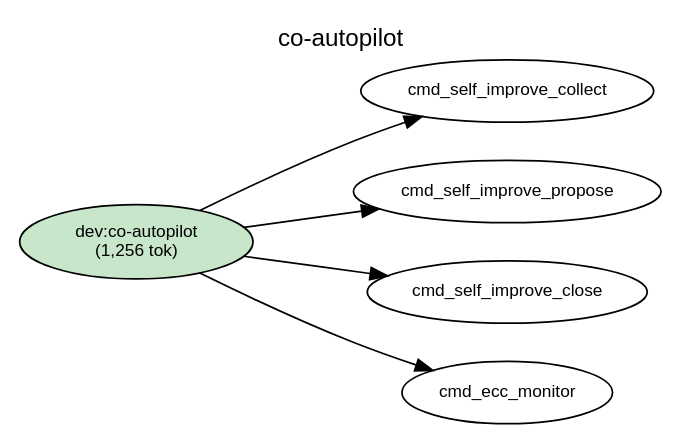
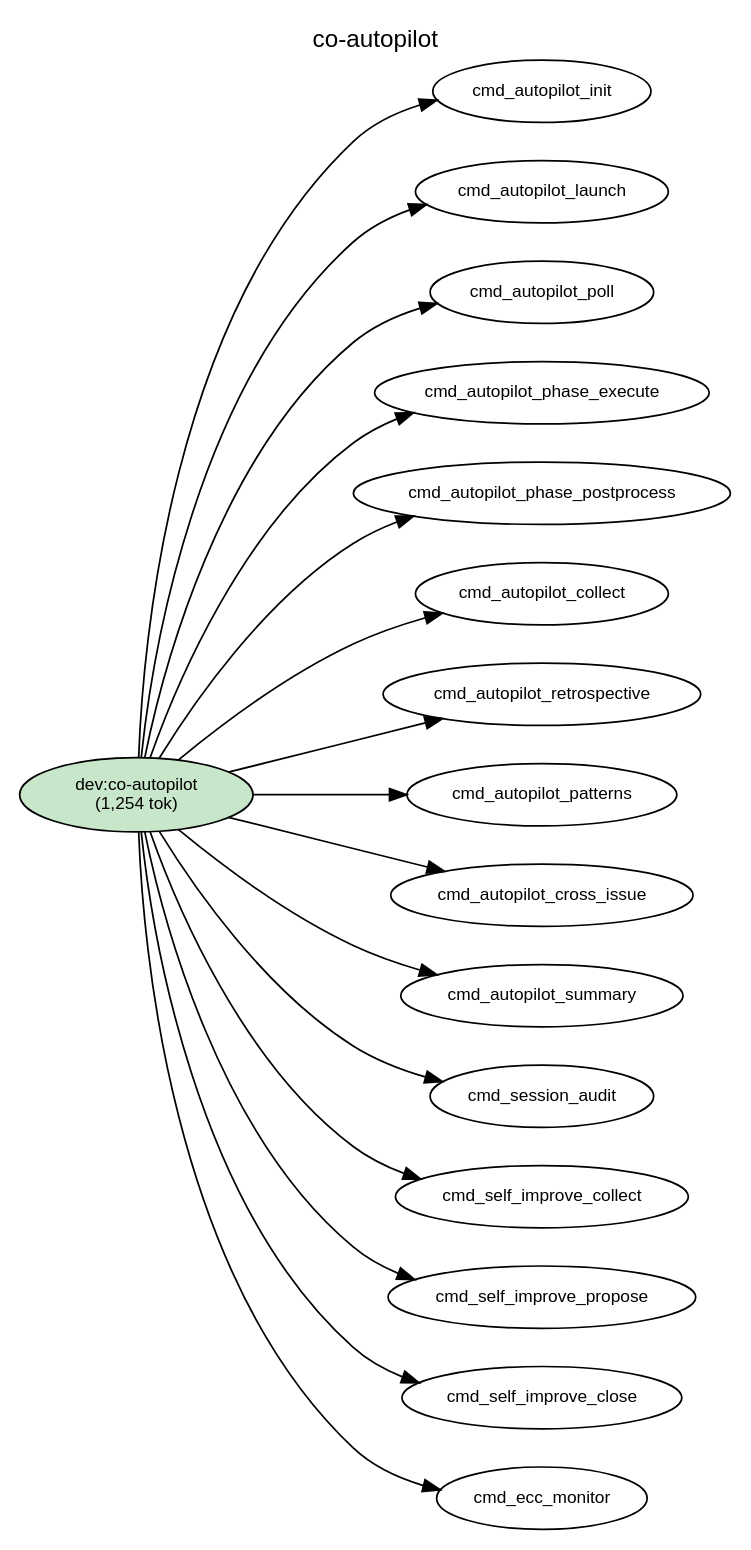
Before and after one commit to shuu5/twill: the diagram in plugins/dev/docs/deps-co-autopilot.dot, drawn with Graphviz. The commit also changed 37 other files, not shown here.

```diff
--- a/plugins/dev/docs/deps-co-autopilot.dot
+++ b/plugins/dev/docs/deps-co-autopilot.dot
@@ -1,41 +1,52 @@
 digraph Dependencies {
     // Graph settings
     rankdir=LR;
     ranksep=0.8;
     nodesep=0.3;
     fontname="Helvetica";
     node [fontname="Helvetica", fontsize=10];
     edge [fontname="Helvetica", fontsize=9];
     label="co-autopilot";
     labelloc=t;
     fontsize=14;
 
     // L0: Controller Skills
-    skill_co_autopilot [label="dev:co-autopilot\n(1,256 tok)", shape=ellipse, style=filled, fillcolor="#c8e6c9"];
+    skill_co_autopilot [label="dev:co-autopilot\n(1,254 tok)", shape=ellipse, style=filled, fillcolor="#c8e6c9"];
 
     // L0: Launchers
 
     // L0.5: Workflow Skills
 
     // Reference Skills
 
     // L1: Direct Commands
 
     // L2: Sub Commands
 
     // L3: Agents
 
     // L3.5: Scripts
 
     // L4: External
 
     // Layer constraints
     { rank=same; skill_co_autopilot; }
 
     // Edges
+    skill_co_autopilot -> cmd_autopilot_init;
+    skill_co_autopilot -> cmd_autopilot_launch;
+    skill_co_autopilot -> cmd_autopilot_poll;
+    skill_co_autopilot -> cmd_autopilot_phase_execute;
+    skill_co_autopilot -> cmd_autopilot_phase_postprocess;
+    skill_co_autopilot -> cmd_autopilot_collect;
+    skill_co_autopilot -> cmd_autopilot_retrospective;
+    skill_co_autopilot -> cmd_autopilot_patterns;
+    skill_co_autopilot -> cmd_autopilot_cross_issue;
+    skill_co_autopilot -> cmd_autopilot_summary;
+    skill_co_autopilot -> cmd_session_audit;
     skill_co_autopilot -> cmd_self_improve_collect;
     skill_co_autopilot -> cmd_self_improve_propose;
     skill_co_autopilot -> cmd_self_improve_close;
     skill_co_autopilot -> cmd_ecc_monitor;
 
 }
```
